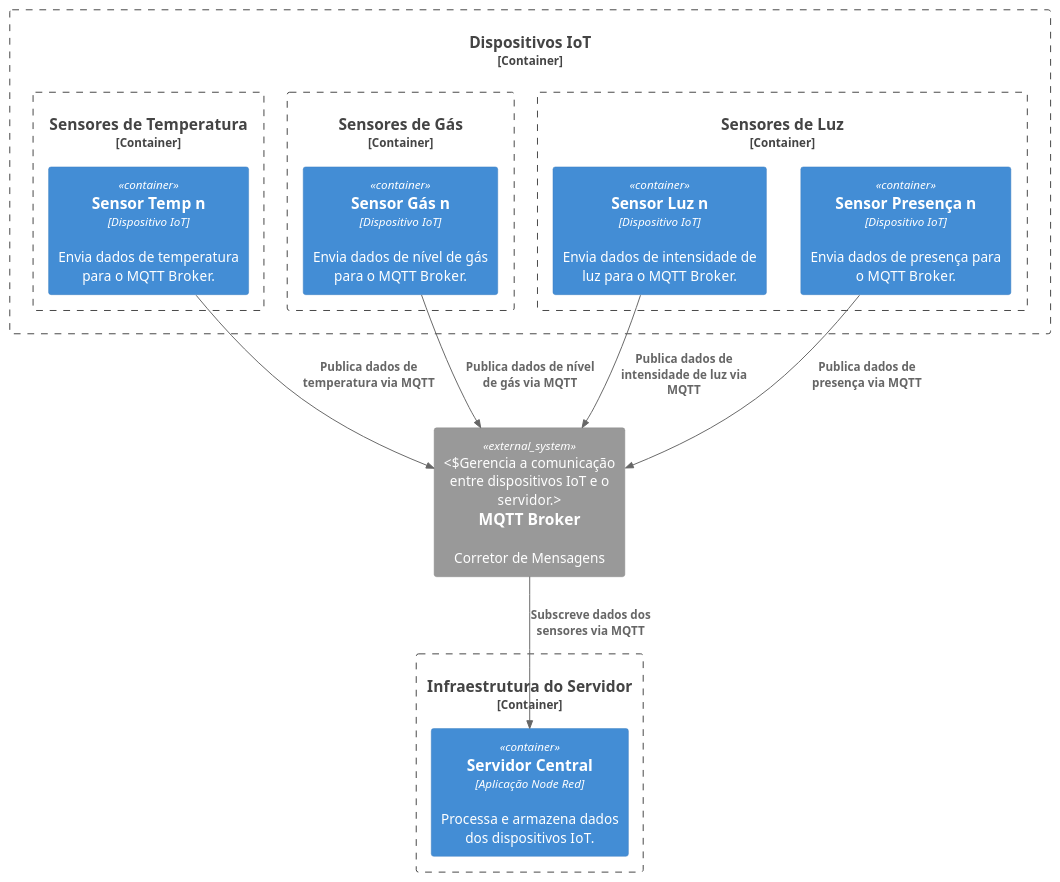
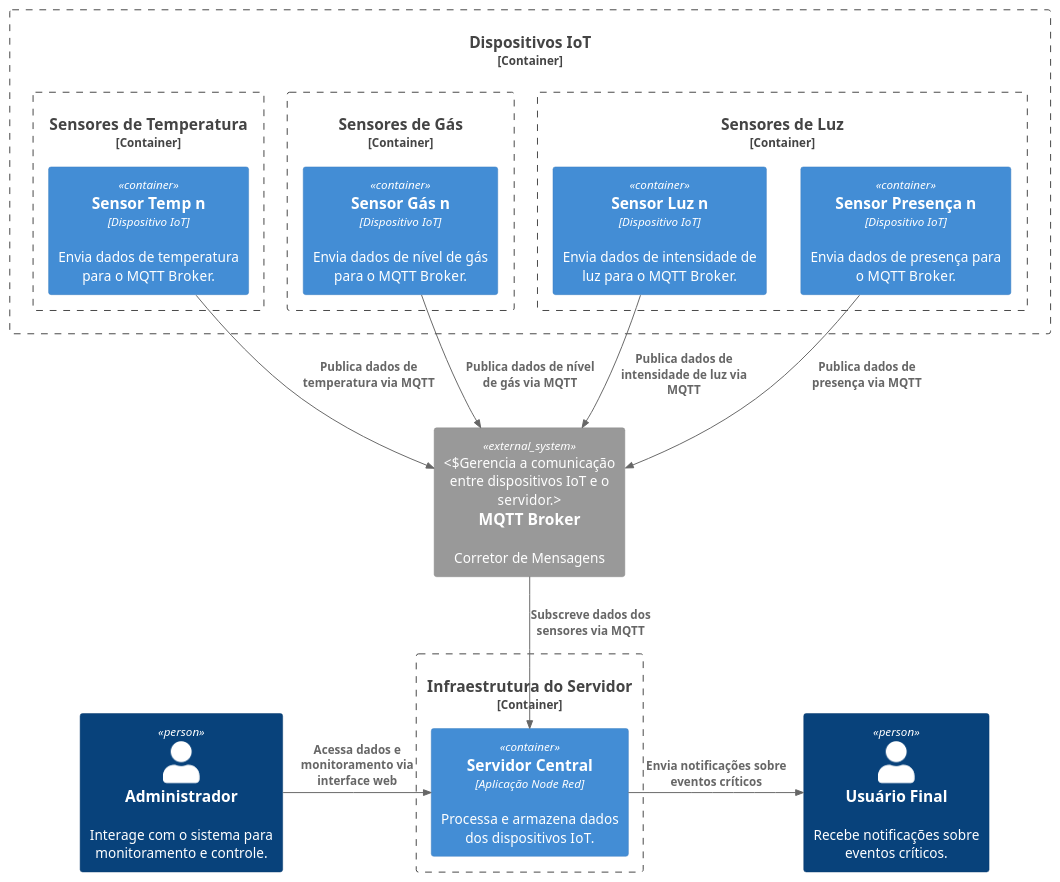
Before and after one commit to kibutzzz/trabalho-final-iot: the diagram in high-level-architecture.puml, drawn with PlantUML. The commit also changed 1 other file, not shown here.

Commit message:
add person

```diff
--- a/high-level-architecture.puml
+++ b/high-level-architecture.puml
@@ -1,34 +1,39 @@
 @startuml high-level-architecture
 
 !include https://raw.githubusercontent.com/plantuml-stdlib/C4-PlantUML/master/C4_Container.puml
 
 System_Ext(mqttBroker, "MQTT Broker", "Corretor de Mensagens", "Gerencia a comunicação entre dispositivos IoT e o servidor.")
 
 Container_Boundary(c1, "Infraestrutura do Servidor") {
     Container(centralServer, "Servidor Central", "Aplicação Node Red", "Processa e armazena dados dos dispositivos IoT.")
 }
 
 Container_Boundary(c2, "Dispositivos IoT") {
 
     Container_Boundary(c3, "Sensores de Temperatura") {
         Container(tempSensor1, "Sensor Temp n", "Dispositivo IoT", "Envia dados de temperatura para o MQTT Broker.")
     }
 
     Container_Boundary(c4, "Sensores de Gás") {
         Container(gasSensor1, "Sensor Gás n", "Dispositivo IoT", "Envia dados de nível de gás para o MQTT Broker.")
     }   
 
     Container_Boundary(c5, "Sensores de Luz") {
         Container(lightSensor1, "Sensor Luz n", "Dispositivo IoT", "Envia dados de intensidade de luz para o MQTT Broker.")
         Container(presenseSensor1, "Sensor Presença n", "Dispositivo IoT", "Envia dados de presença para o MQTT Broker.")
     }
   
 }
 
+Person(admin, "Administrador", "Interage com o sistema para monitoramento e controle.")
+Person(user, "Usuário Final", "Recebe notificações sobre eventos críticos.")
+
 Rel(tempSensor1, mqttBroker, "Publica dados de temperatura via MQTT")
 Rel(gasSensor1, mqttBroker, "Publica dados de nível de gás via MQTT")
 Rel(lightSensor1, mqttBroker, "Publica dados de intensidade de luz via MQTT")
 Rel(presenseSensor1, mqttBroker, "Publica dados de presença via MQTT")
 Rel(mqttBroker, centralServer, "Subscreve dados dos sensores via MQTT")
+Rel_Right(admin, centralServer, "Acessa dados e monitoramento via interface web")
+Rel_Right(centralServer, user, "Envia notificações sobre eventos críticos")
 
 @enduml
```
